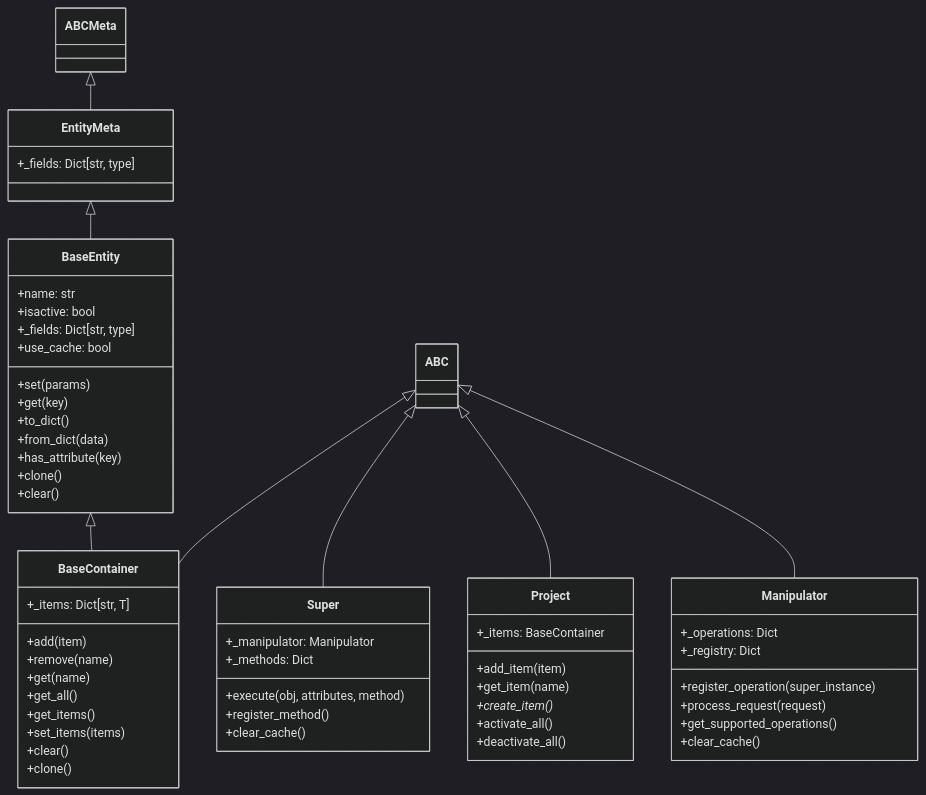
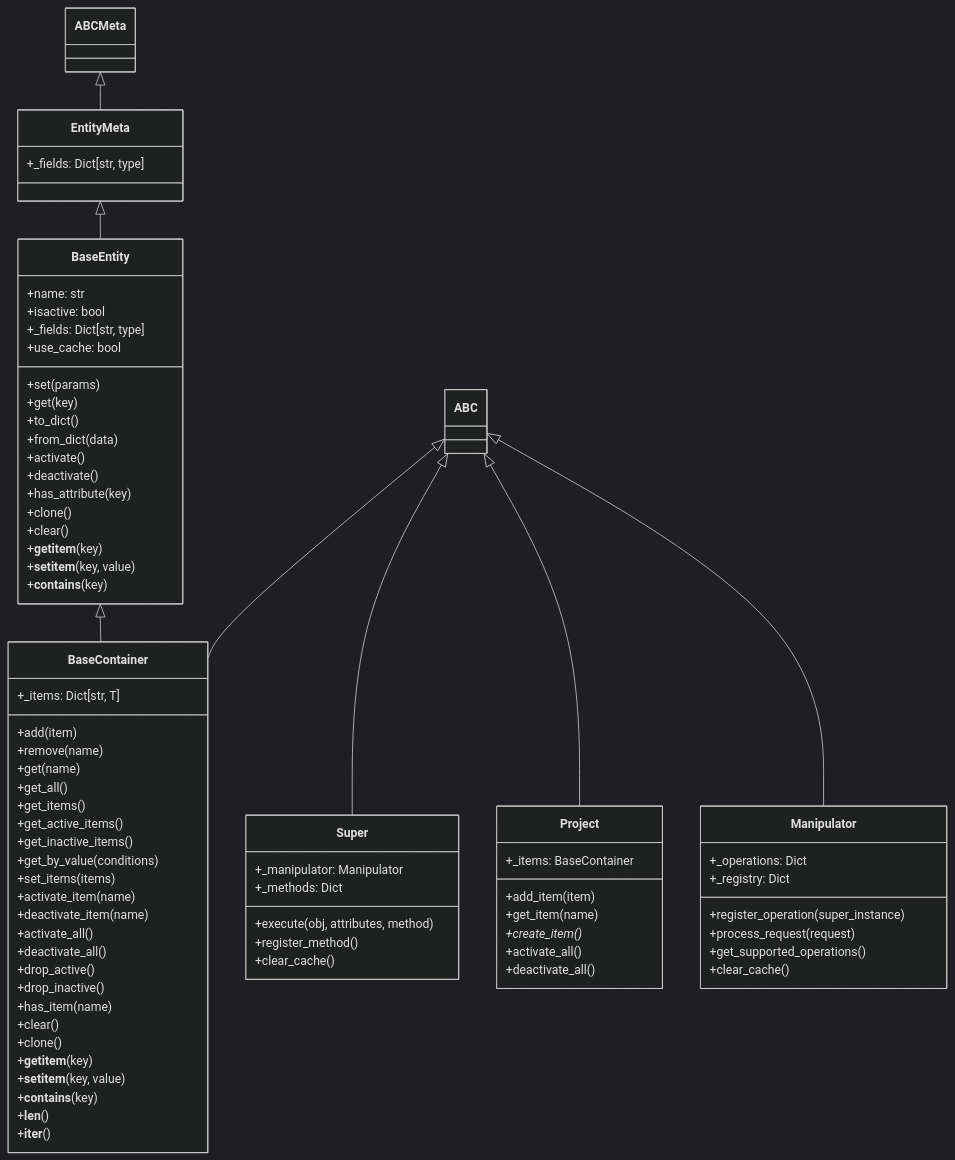
The first of 3 diagrams in docs/architecture.md (Torward1024/MSB), drawn with Mermaid (dark theme) before and after one commit. The commit also changed 4 other files, not shown here.

```diff
--- a/docs/architecture.md
+++ b/docs/architecture.md
@@ -58,9 +58,14 @@
          +get(key)
          +to_dict()
          +from_dict(data)
+         +activate()
+         +deactivate()
          +has_attribute(key)
          +clone()
          +clear()
+         +__getitem__(key)
+         +__setitem__(key, value)
+         +__contains__(key)
      }
 
      class BaseContainer {
@@ -70,9 +75,24 @@
          +get(name)
          +get_all()
          +get_items()
+         +get_active_items()
+         +get_inactive_items()
+         +get_by_value(conditions)
          +set_items(items)
+         +activate_item(name)
+         +deactivate_item(name)
+         +activate_all()
+         +deactivate_all()
+         +drop_active()
+         +drop_inactive()
+         +has_item(name)
          +clear()
          +clone()
+         +__getitem__(key)
+         +__setitem__(key, value)
+         +__contains__(key)
+         +__len__()
+         +__iter__()
      }
 
      class Super {
```
